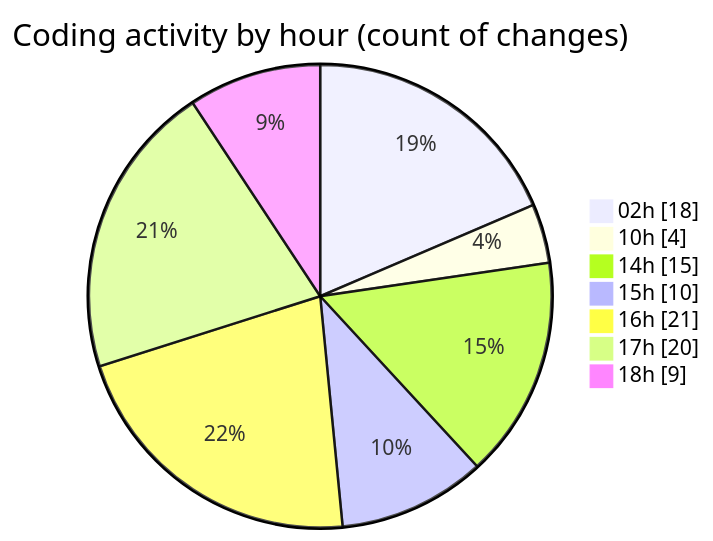
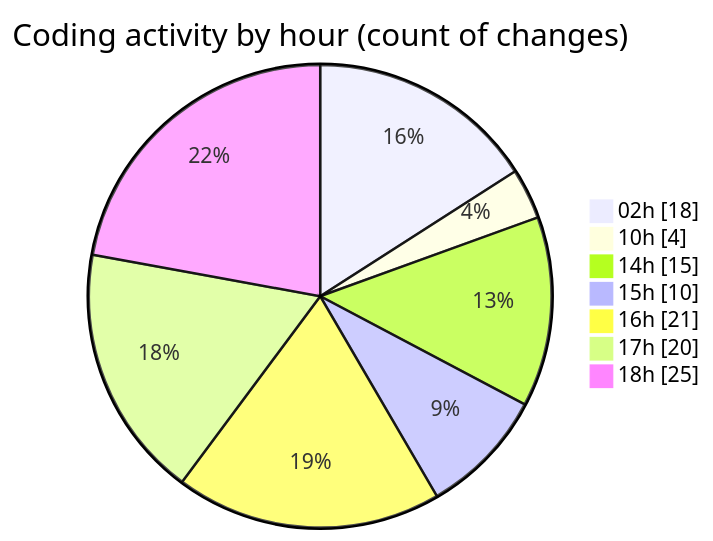
The second of 2 diagrams in 2025-10-15/eventscop-frontend-guide__workspace_/README.md (julien-gomy/code-tracking), drawn with Mermaid before and after one commit. The commit also changed other lines of this file and 1 other file, not shown here.

````diff
--- a/2025-10-15/eventscop-frontend-guide__workspace_/README.md
+++ b/2025-10-15/eventscop-frontend-guide__workspace_/README.md
@@ -56,11 +57,11 @@
 ```mermaid
 pie showData
 title Coding activity by hour (count of changes)
 "02h" : 18
 "10h" : 4
 "14h" : 15
 "15h" : 10
 "16h" : 21
 "17h" : 20
-"18h" : 9
+"18h" : 25
 ```
````
